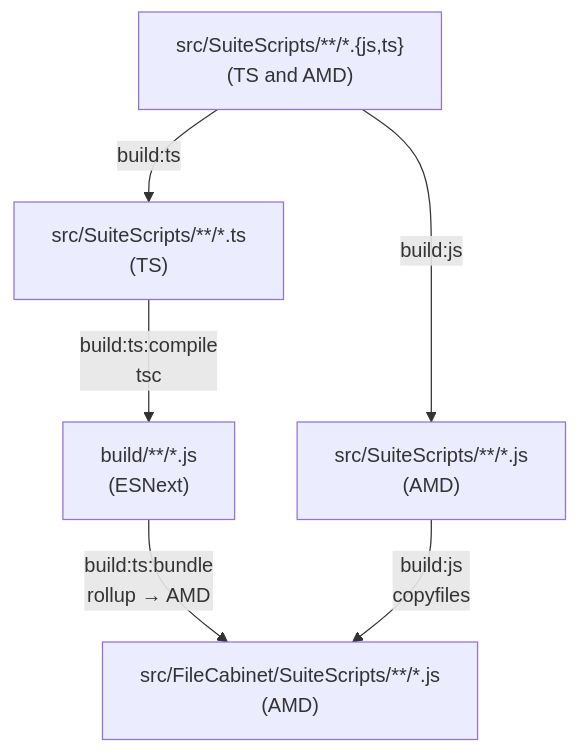
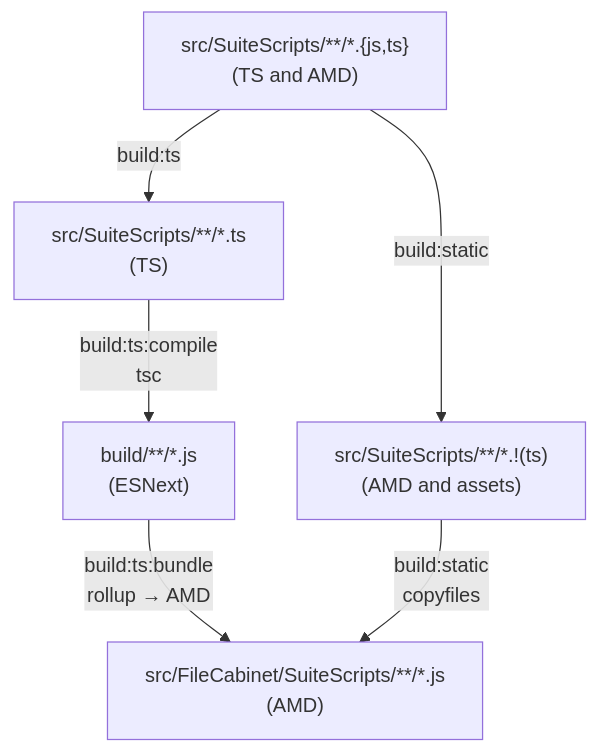
The diagram in README.md (anagram-dev/suitecloud-ts), drawn with Mermaid before and after one commit. The commit also changed other lines of this file and 1 other file, not shown here.

Commit message:
build: copy all non-ts files in build:static, renamed from build:js

````diff
--- a/README.md
+++ b/README.md
@@ -199,14 +199,14 @@
 ```mermaid
 flowchart TD
     START["src/SuiteScripts/**/*.{js,ts}\n(TS and AMD)"]
     TS["src/SuiteScripts/**/*.ts\n(TS)"]
-    JS["src/SuiteScripts/**/*.js\n(AMD)"]
+    STATIC["src/SuiteScripts/**/*.!(ts)\n(AMD and assets)"]
     BUILD["build/**/*.js\n(ESNext)"]
     FC["src/FileCabinet/SuiteScripts/**/*.js\n(AMD)"]
 
     START -->|"build:ts"| TS
-    START -->|"build:js"| JS
+    START -->|"build:static"| STATIC
     TS -->|"build:ts:compile\ntsc"| BUILD
     BUILD -->|"build:ts:bundle\nrollup → AMD"| FC
-    JS -->|"build:js\ncopyfiles"| FC
+    STATIC -->|"build:static\ncopyfiles"| FC
 ```
````
